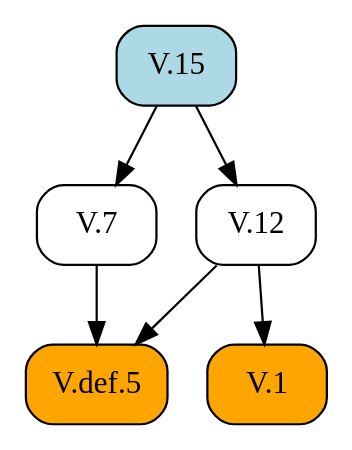
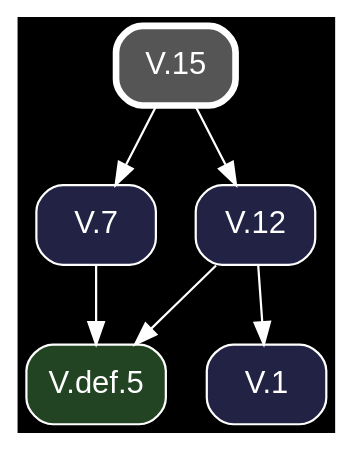
One commit to geometor/elements changed the diagram in docsrc/heath/V/15/index.rst. Above: the diagram before and after it, drawn with Graphviz. The commit also changed other lines of this file and 1200 other files, not shown here.

Commit message:
update dependency graphs

```diff
--- a/docsrc/heath/V/15/index.rst
+++ b/docsrc/heath/V/15/index.rst
@@ -48,16 +48,18 @@
 .. graphviz::
 
    digraph {
+     bgcolor="black";
+     node [shape=box, style="rounded,filled", fontname="Helvetica", color="white", fontcolor="white"];
+     edge [color="white", fontcolor="white"];
      rankdir="TB";
-     node [shape=box, style=rounded];
-     "V.7" [URL="/heath/V/7/", target="_top"];
-     "V.15" [style="rounded,filled", fillcolor=lightblue, URL="/heath/V/15/", target="_top"];
-     "V.1" [style="rounded,filled", fillcolor=orange, URL="/heath/V/1/", target="_top"];
-     "V.12" [URL="/heath/V/12/", target="_top"];
-     "V.def.5" [style="rounded,filled", fillcolor=orange, URL="/heath/V/def.5/", target="_top"];
-     "V.15" -> "V.7";
-     "V.12" -> "V.1";
-     "V.15" -> "V.12";
+     "V.15" [penwidth=3, color="white", fillcolor="#555555", URL="/heath/V/15/", target="_top"];
+     "V.def.5" [fillcolor="#224422", URL="/heath/V/def.5/", target="_top"];
+     "V.1" [fillcolor="#222244", URL="/heath/V/1/", target="_top"];
+     "V.7" [fillcolor="#222244", URL="/heath/V/7/", target="_top"];
+     "V.12" [fillcolor="#222244", URL="/heath/V/12/", target="_top"];
      "V.7" -> "V.def.5";
      "V.12" -> "V.def.5";
+     "V.12" -> "V.1";
+     "V.15" -> "V.7";
+     "V.15" -> "V.12";
    }
```
